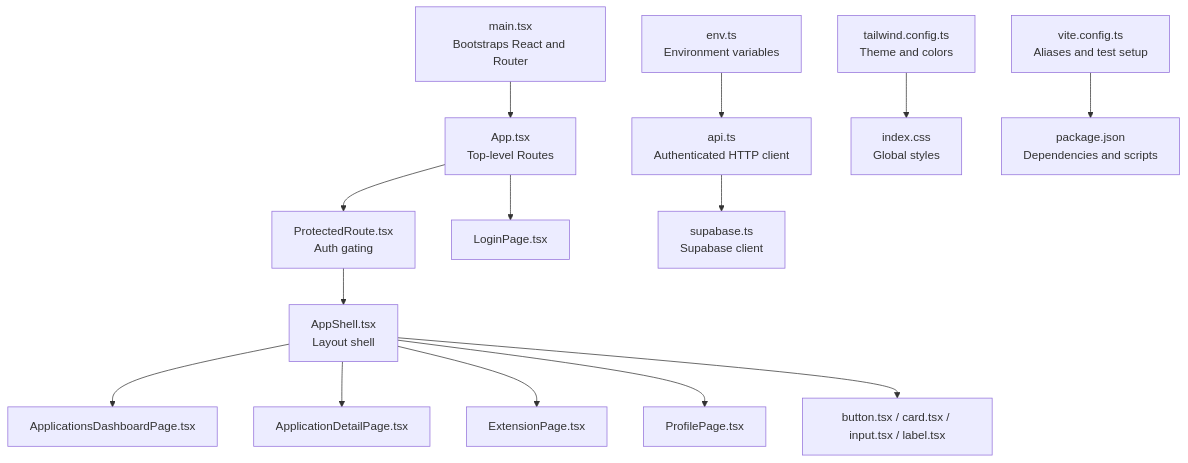
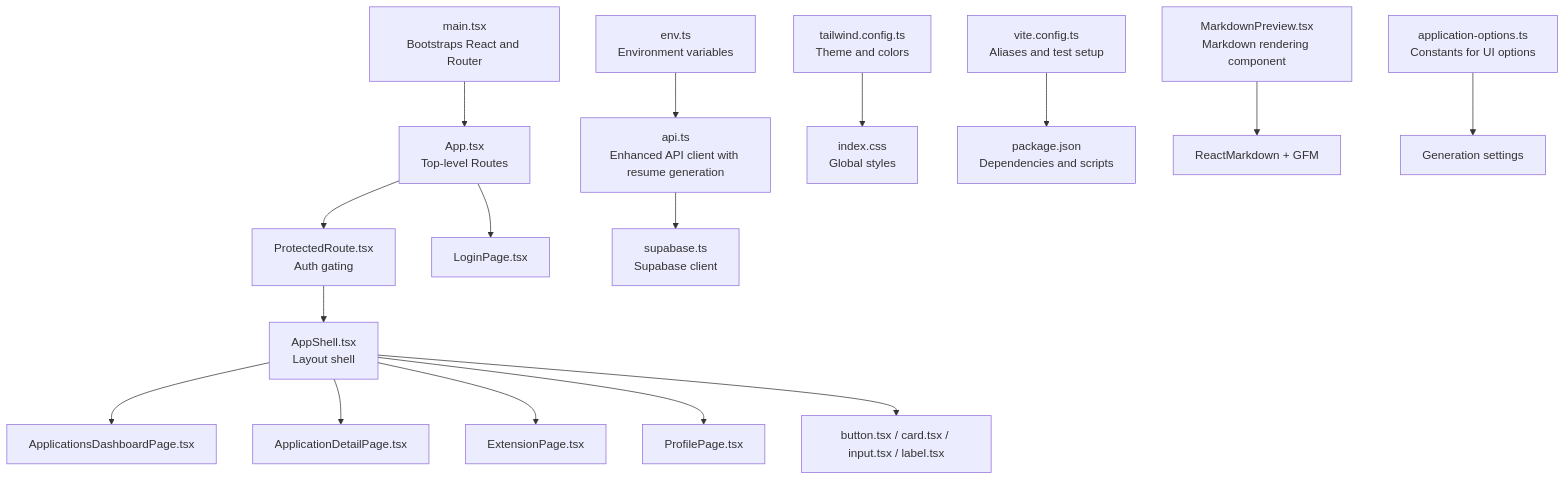
One commit to sankaL/resume-app changed the first of 10 diagrams in .qoder/repowiki/en/content/Frontend Application/Frontend Application.md. Above: the diagram before and after it, drawn with Mermaid. The commit also changed other lines of this file and 19 other files, not shown here.

````diff
--- a/.qoder/repowiki/en/content/Frontend Application/Frontend Application.md
+++ b/.qoder/repowiki/en/content/Frontend Application/Frontend Application.md
@@ -57,16 +60,18 @@
 ```mermaid
 graph TB
 A["main.tsx<br/>Bootstraps React and Router"] --> B["App.tsx<br/>Top-level Routes"]
 B --> C["ProtectedRoute.tsx<br/>Auth gating"]
 C --> D["AppShell.tsx<br/>Layout shell"]
 D --> E["ApplicationsDashboardPage.tsx"]
 D --> F["ApplicationDetailPage.tsx"]
 D --> G["ExtensionPage.tsx"]
 D --> H["ProfilePage.tsx"]
 B --> I["LoginPage.tsx"]
 D --> J["button.tsx / card.tsx / input.tsx / label.tsx"]
-K["api.ts<br/>Authenticated HTTP client"] --> L["supabase.ts<br/>Supabase client"]
+K["api.ts<br/>Enhanced API client with resume generation"] --> L["supabase.ts<br/>Supabase client"]
 M["env.ts<br/>Environment variables"] --> K
 N["tailwind.config.ts<br/>Theme and colors"] --> O["index.css<br/>Global styles"]
 P["vite.config.ts<br/>Aliases and test setup"] --> Q["package.json<br/>Dependencies and scripts"]
+R["MarkdownPreview.tsx<br/>Markdown rendering component"] --> S["ReactMarkdown + GFM"]
+T["application-options.ts<br/>Constants for UI options"] --> U["Generation settings"]
 ```
````
